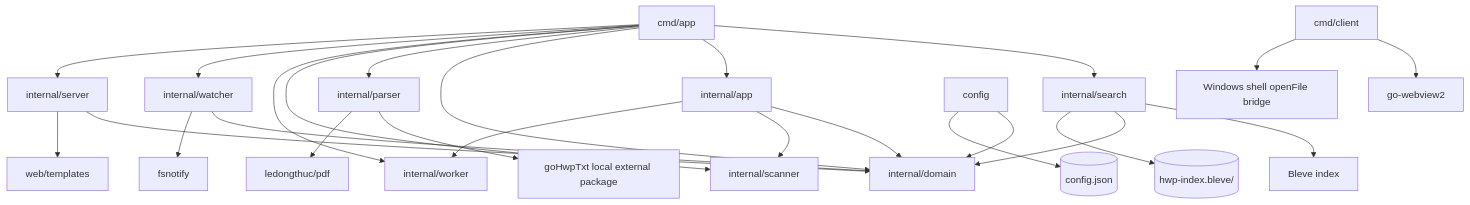
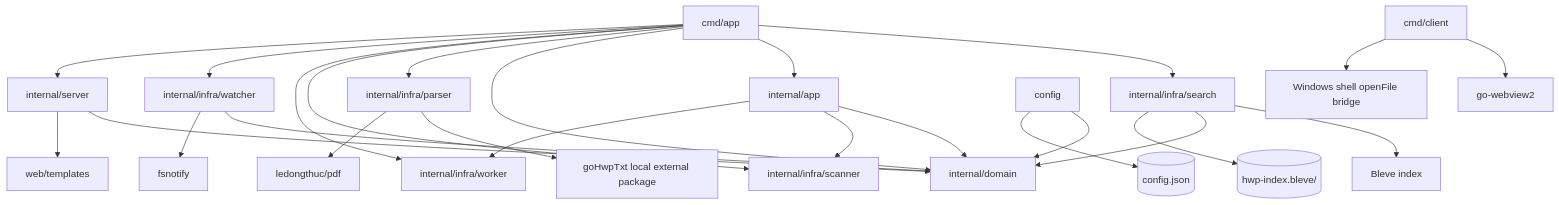
The diagram in ARCHITECTURE.md (aprilgom/DocSearcher), drawn with Mermaid before and after one commit. The commit also changed other lines of this file and 19 other files, not shown here.

````diff
--- a/ARCHITECTURE.md
+++ b/ARCHITECTURE.md
@@ -71,34 +71,34 @@
 ```mermaid
 flowchart TD
-    app[cmd/app] --> search[internal/search]
+    app[cmd/app] --> search[internal/infra/search]
     app --> appuse[internal/app]
     app --> domain[internal/domain]
-    app --> parser[internal/parser]
-    app --> scanner[internal/scanner]
-    app --> worker[internal/worker]
-    app --> watcher[internal/watcher]
+    app --> parser[internal/infra/parser]
+    app --> scanner[internal/infra/scanner]
+    app --> worker[internal/infra/worker]
+    app --> watcher[internal/infra/watcher]
     app --> server[internal/server]
 
     client[cmd/client] --> webview[go-webview2]
     client --> osopen[Windows shell openFile bridge]
 
     server --> domain
     server --> templates[web/templates]
 
     watcher --> domain
     watcher --> fsnotify[fsnotify]
 
     appuse --> domain
     appuse --> scanner
     appuse --> worker
 
     parser --> gohwptxt[goHwpTxt local external package]
     parser --> pdf[ledongthuc/pdf]
 
     search --> bleve[Bleve index]
     search --> domain
 
     config --> domain
     config --> configjson[(config.json)]
     search --> indexdir[(hwp-index.bleve/)]
 ```
````
